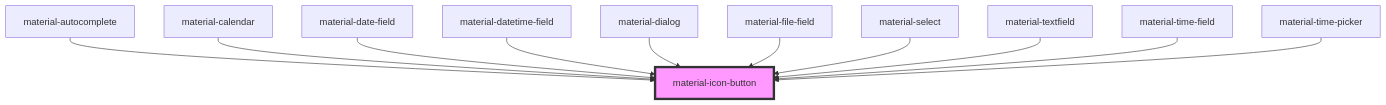
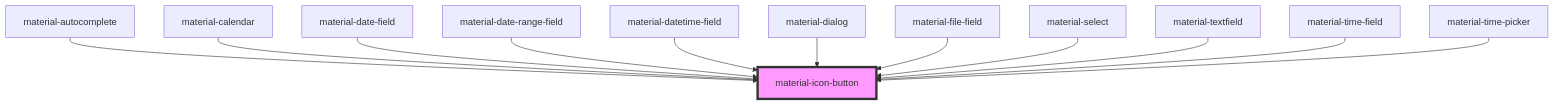
Before and after one commit to RobustaRush/material: the diagram in src/components/material-icon-button/readme.md, drawn with Mermaid. The commit also changed other lines of this file and 11 other files, not shown here.

First line of the commit message:
feat(calendar,date-range-field): range selection + date range picker field

````diff
--- a/src/components/material-icon-button/readme.md
+++ b/src/components/material-icon-button/readme.md
@@ -65,14 +66,15 @@
 ```mermaid
 graph TD;
   material-autocomplete --> material-icon-button
   material-calendar --> material-icon-button
   material-date-field --> material-icon-button
+  material-date-range-field --> material-icon-button
   material-datetime-field --> material-icon-button
   material-dialog --> material-icon-button
   material-file-field --> material-icon-button
   material-select --> material-icon-button
   material-textfield --> material-icon-button
   material-time-field --> material-icon-button
   material-time-picker --> material-icon-button
   style material-icon-button fill:#f9f,stroke:#333,stroke-width:4px
 ```
````
